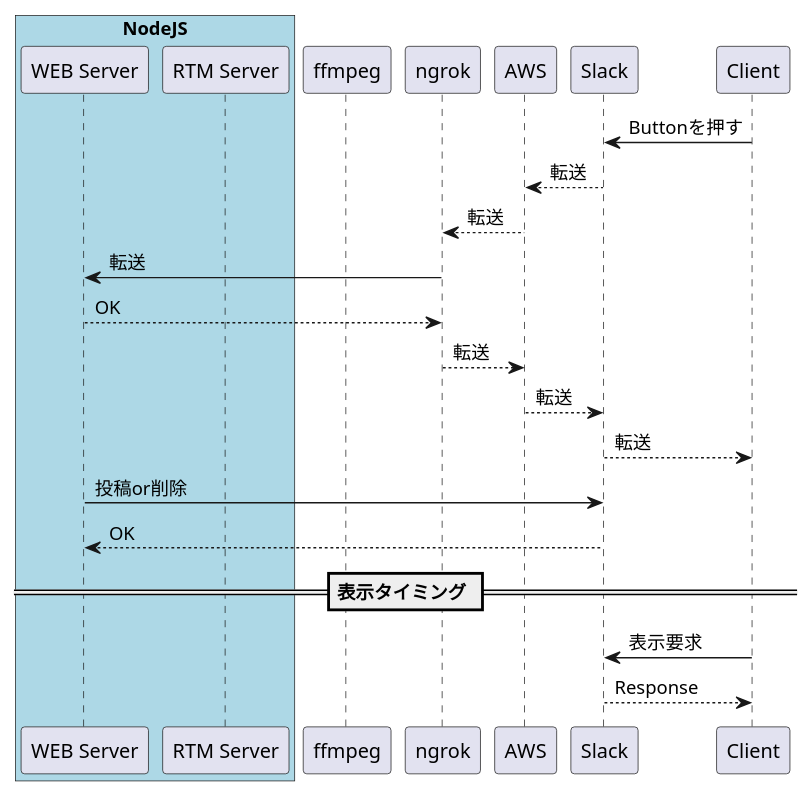
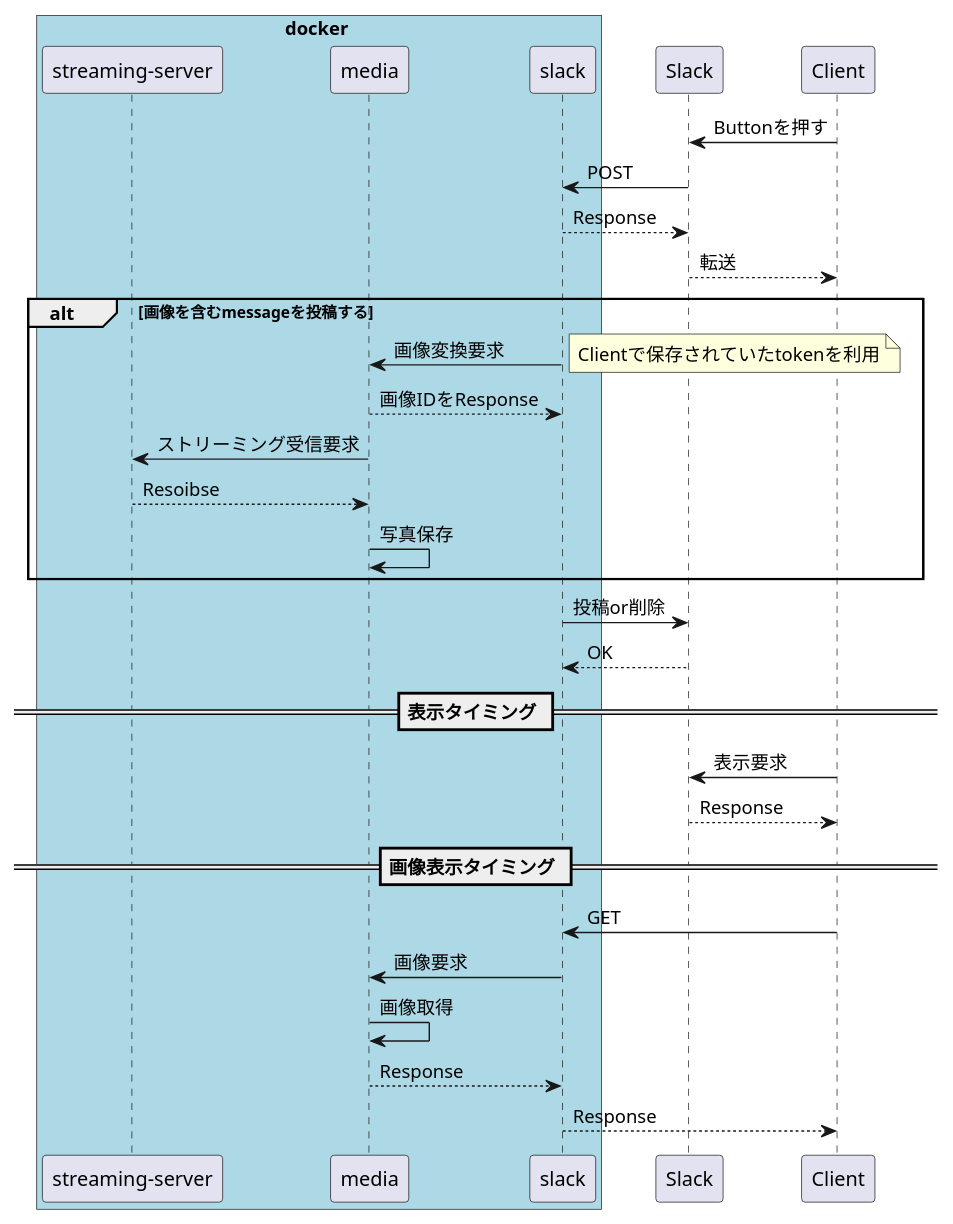
Before and after one commit to ilim0t/bushitsuchan-PC: the diagram in docs/sequence/slack_button.pu, drawn with PlantUML. The commit also changed 7 other files, not shown here.

```diff
--- a/docs/sequence/slack_button.pu
+++ b/docs/sequence/slack_button.pu
@@ -1,31 +1,42 @@
 @startuml Slack_button
-box "NodeJS" #LightBlue
-participant "WEB Server"
-participant "RTM Server"
+box docker #LightBlue
+participant "streaming-server"
+participant media
+participant slack
 end box
-
-participant ffmpeg
-participant ngrok
-participant AWS
 
 participant Slack
 participant Client
 
 Client -> Slack: Buttonを押す
-Slack --> AWS: 転送
-AWS --> ngrok: 転送
-ngrok -> "WEB Server" : 転送
+Slack -> slack: POST
 
-"WEB Server" --> ngrok : OK
-ngrok --> AWS : 転送
-AWS --> Slack : 転送
+slack --> Slack : Response
 Slack --> Client : 転送
 
-"WEB Server" -> Slack: 投稿or削除
-Slack --> "WEB Server": OK
+alt 画像を含むmessageを投稿する
+	slack -> media: 画像変換要求
+	note right: Clientで保存されていたtokenを利用
+
+    media --> slack: 画像IDをResponse
+
+	media -> "streaming-server": ストリーミング受信要求
+	"streaming-server" --> media: Resoibse
+    media -> media: 写真保存
+end
+
+slack -> Slack: 投稿or削除
+Slack --> slack: OK
 
 == 表示タイミング ==
 
 Client -> Slack: 表示要求
 Slack --> Client: Response
+
+== 画像表示タイミング ==
+Client -> slack: GET
+slack -> media: 画像要求
+media -> media: 画像取得
+media --> slack: Response
+slack --> Client: Response
 @enduml
```
